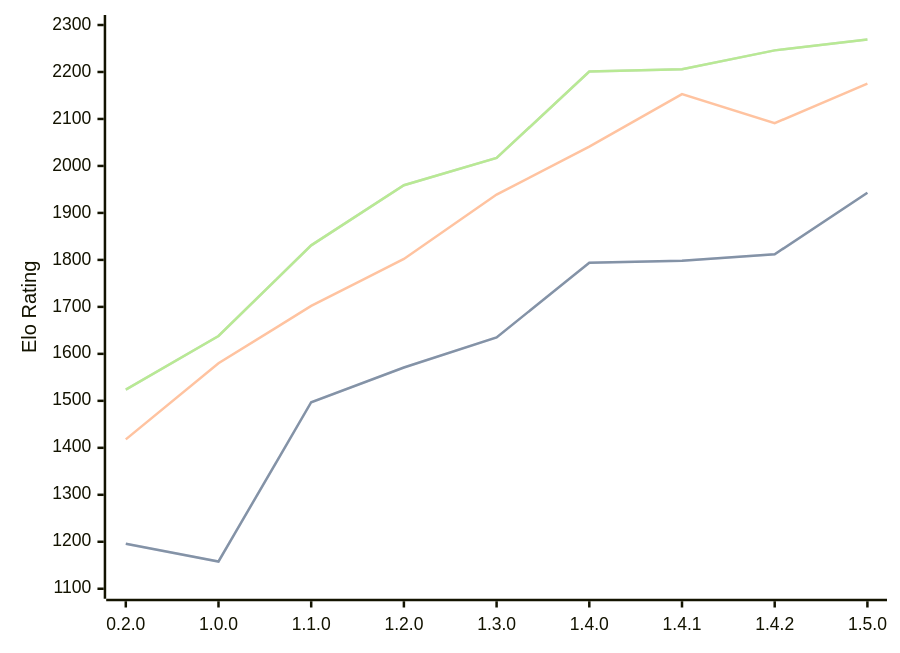
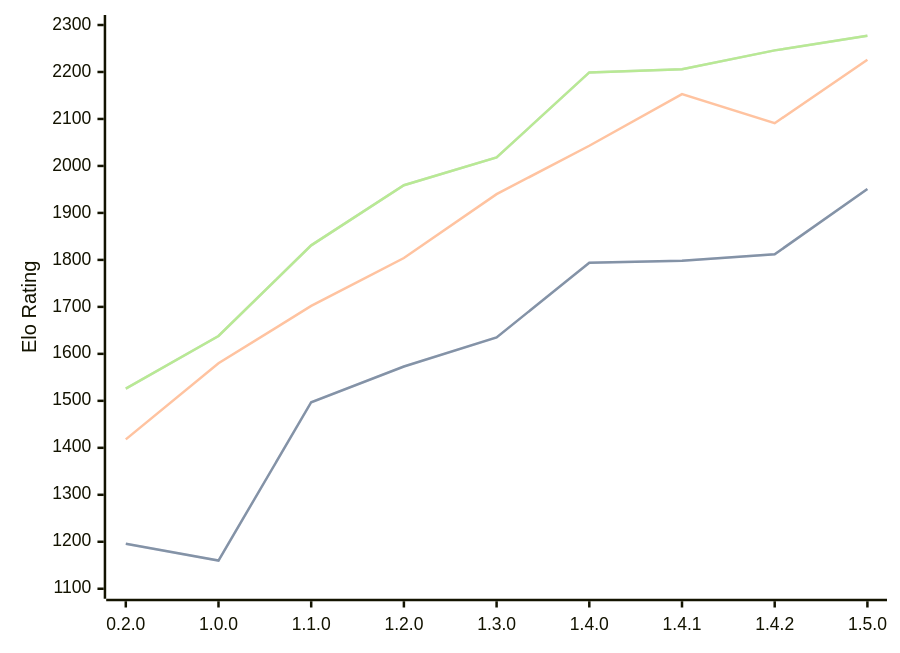
One commit to computer-chess-index/cci changed the diagram in engines/Zeppelin.md. Above: the diagram before and after it, drawn with Mermaid. The commit also changed other lines of this file, not shown here.

Commit message:
Update CCI Ratings (ELO VLTC) - 2026-03-29

````diff
--- a/engines/Zeppelin.md
+++ b/engines/Zeppelin.md
@@ -41,11 +41,11 @@
 ```mermaid
 %%{init: {"theme":"base","themeVariables":{"seriesColors:['#a3a3a3','#222221','#faa371']}}}%%
 xychart-beta
   x-axis ["0.2.0", "1.0.0", "1.1.0", "1.2.0", "1.3.0", "1.4.0", "1.4.1", "1.4.2", "1.5.0"]
   y-axis "Elo Rating" 1100 --> 2300
-  line "STC (8.0+0.08s)" [1196, 1158, 1497, 1571, 1635, 1794, 1798, 1812, 1943]
-  line "STC (8.0+0.08s)" [1196, 1158, 1497, 1571, 1635, 1794, 1798, 1812, 1943]
-  line "LTC (60.0+0.60s)" [1418, 1580, 1702, 1802, 1939, 2041, 2153, 2091, 2175]
-  line "VLTC (2m24s+1.12s)" [1524, 1638, 1831, 1959, 2017, 2201, 2206, 2246, 2269]
-  line "VLTC (2m24s+1.12s)" [1524, 1638, 1831, 1959, 2017, 2201, 2206, 2246, 2269]
+  line "STC (8.0+0.08s)" [1196, 1160, 1497, 1573, 1635, 1794, 1798, 1812, 1951]
+  line "STC (8.0+0.08s)" [1196, 1160, 1497, 1573, 1635, 1794, 1798, 1812, 1951]
+  line "LTC (60.0+0.60s)" [1418, 1580, 1702, 1804, 1940, 2043, 2153, 2091, 2226]
+  line "VLTC (2m24s+1.12s)" [1526, 1638, 1831, 1959, 2018, 2199, 2206, 2246, 2277]
+  line "VLTC (2m24s+1.12s)" [1526, 1638, 1831, 1959, 2018, 2199, 2206, 2246, 2277]
 ```
````
